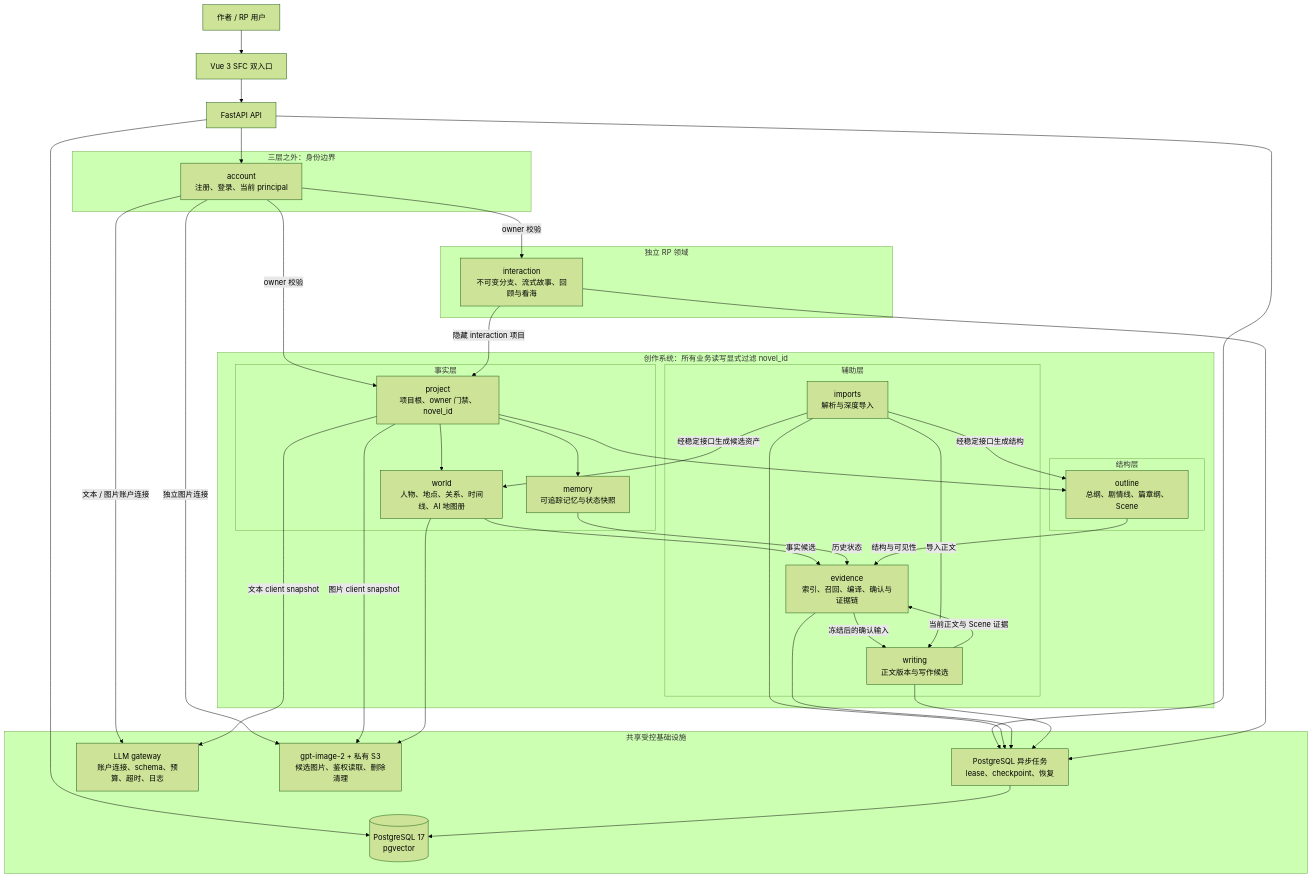
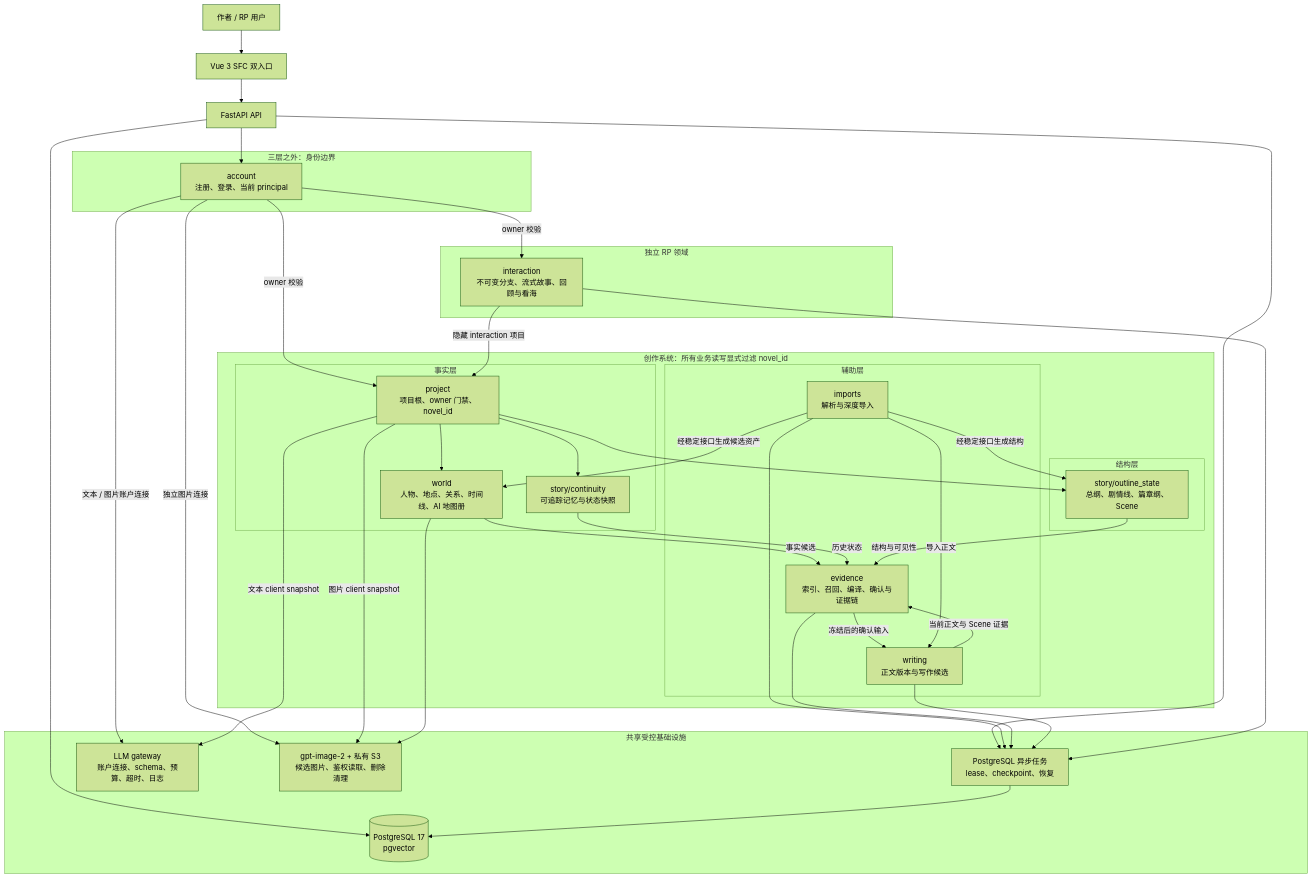
The third of 7 diagrams in README.md (FengHuoLinShan/ai-writing-assist), drawn with Mermaid (forest theme) before and after one commit. The commit also changed other lines of this file and 35 other files, not shown here.

Commit message:
docs: refresh architecture references and task discovery

````diff
--- a/README.md
+++ b/README.md
@@ -153,69 +154,69 @@
 ```mermaid
 flowchart TB
     User["作者 / RP 用户"] --> UI["Vue 3 SFC 双入口"]
     UI --> API["FastAPI API"]
 
     subgraph Identity["三层之外：身份边界"]
         Account["account<br/>注册、登录、当前 principal"]
     end
 
     API --> Account
 
     subgraph Creative["创作系统：所有业务读写显式过滤 novel_id"]
         subgraph Facts["事实层"]
             Project["project<br/>项目根、owner 门禁、novel_id"]
             World["world<br/>人物、地点、关系、时间线、AI 地图册"]
-            Memory["memory<br/>可追踪记忆与状态快照"]
+            Memory["story/continuity<br/>可追踪记忆与状态快照"]
         end
 
         subgraph Structure["结构层"]
-            Outline["outline<br/>总纲、剧情线、篇章纲、Scene"]
+            Outline["story/outline_state<br/>总纲、剧情线、篇章纲、Scene"]
         end
 
         subgraph Support["辅助层"]
             Imports["imports<br/>解析与深度导入"]
             Evidence["evidence<br/>索引、召回、编译、确认与证据链"]
             Writing["writing<br/>正文版本与写作候选"]
         end
     end
 
     subgraph RP["独立 RP 领域"]
         Interaction["interaction<br/>不可变分支、流式故事、回顾与看海"]
     end
 
     Account -->|"owner 校验"| Project
     Account -->|"owner 校验"| Interaction
     Interaction -->|"隐藏 interaction 项目"| Project
     Project --> World
     Project --> Memory
     Project --> Outline
 
     Writing -->|"当前正文与 Scene 证据"| Evidence
     World -->|"事实候选"| Evidence
     Memory -->|"历史状态"| Evidence
     Outline -->|"结构与可见性"| Evidence
     Evidence -->|"冻结后的确认输入"| Writing
     Imports -->|"经稳定接口生成候选资产"| World
     Imports -->|"经稳定接口生成结构"| Outline
     Imports -->|"导入正文"| Writing
 
     subgraph Platform["共享受控基础设施"]
         Tasks["PostgreSQL 异步任务<br/>lease、checkpoint、恢复"]
         LLM["LLM gateway<br/>账户连接、schema、预算、超时、日志"]
         Images["gpt-image-2 + 私有 S3<br/>候选图片、鉴权读取、删除清理"]
         DB[("PostgreSQL 17<br/>pgvector")]
     end
 
     API --> Tasks
     Imports --> Tasks
     Evidence --> Tasks
     Writing --> Tasks
     Interaction --> Tasks
     Account -->|"文本 / 图片账户连接"| LLM
     Account -->|"独立图片连接"| Images
     Project -->|"文本 client snapshot"| LLM
     Project -->|"图片 client snapshot"| Images
     World --> Images
     API --> DB
     Tasks --> DB
 ```
````
